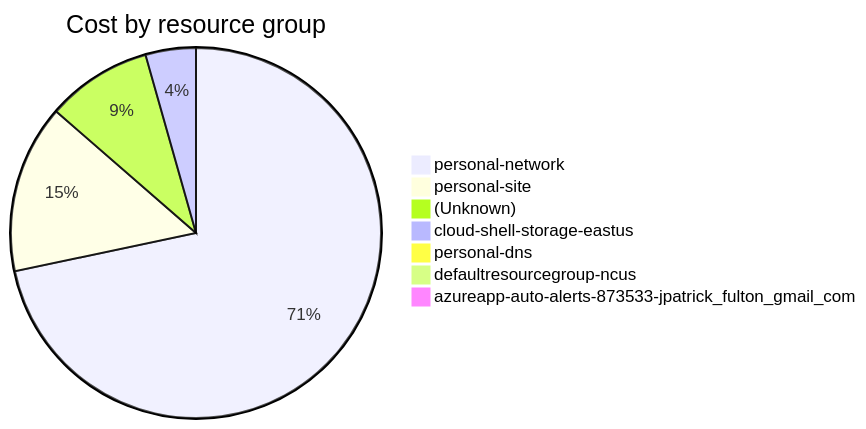
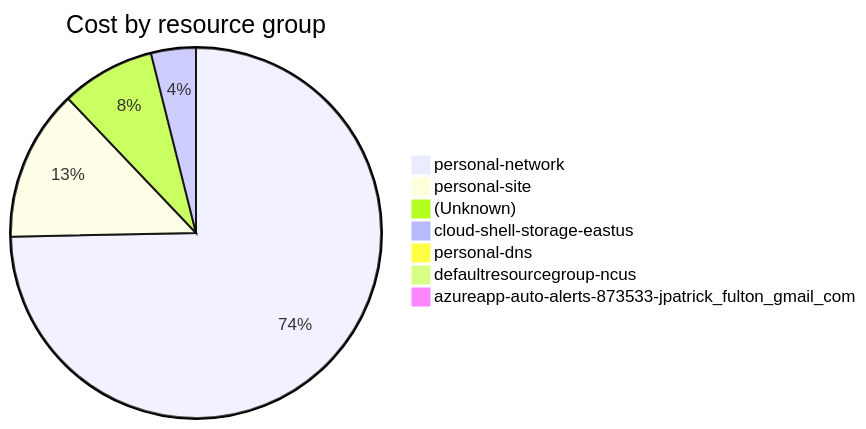
One commit to jpfulton/azure-personal-reports changed the fourth of 4 diagrams in cost-reports/accumulated-cost.md. Above: the diagram before and after it, drawn with Mermaid. The commit also changed other lines of this file and 33 other files, not shown here.

````diff
--- a/cost-reports/accumulated-cost.md
+++ b/cost-reports/accumulated-cost.md
@@ -159,11 +159,11 @@
 ```mermaid
 pie
    title Cost by resource group
-   "personal-network" : 90.04
-   "personal-site" : 18.46
-   "(Unknown)" : 11.57
-   "cloud-shell-storage-eastus" : 5.52
-   "personal-dns" : 0.42
+   "personal-network" : 105.55
+   "personal-site" : 18.68
+   "(Unknown)" : 11.58
+   "cloud-shell-storage-eastus" : 5.53
+   "personal-dns" : 0.43
    "defaultresourcegroup-ncus" : 0.00
    "azureapp-auto-alerts-873533-jpatrick_fulton_gmail_com" : 0.00
 ```
````
